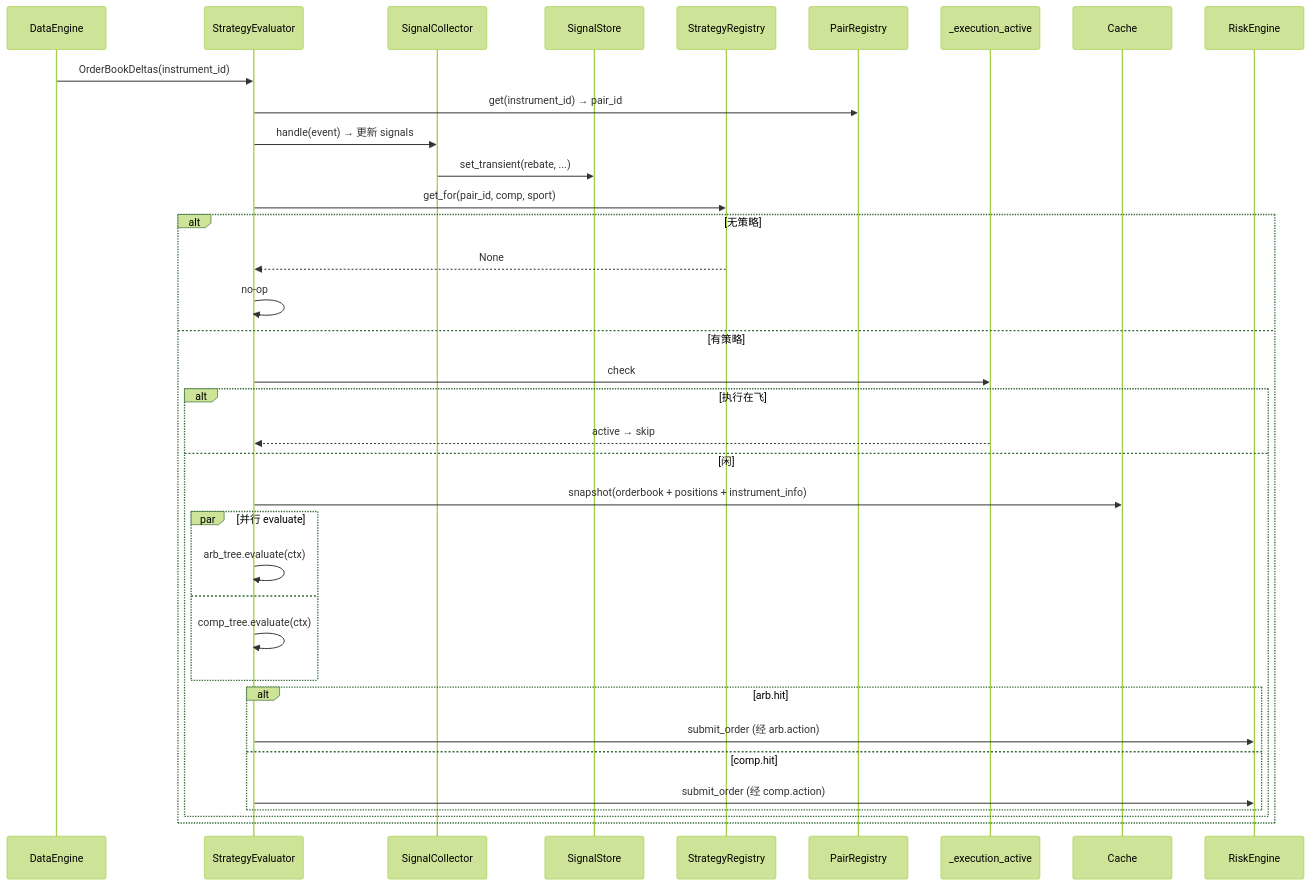
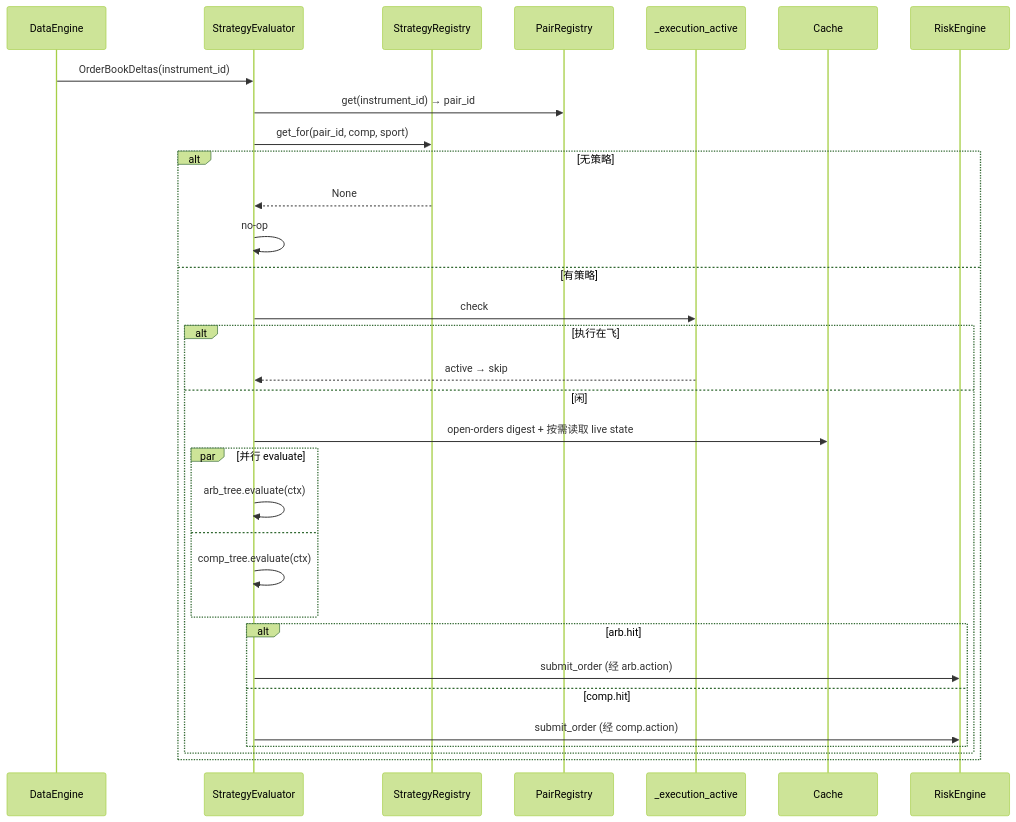
One commit to psnewer/nautilus_trader changed the second of 2 diagrams in docs/arbitrage/architectures/strategy/architecture.md. Above: the diagram before and after it, drawn with Mermaid (forest theme). The commit also changed other lines of this file and 64 other files, not shown here.

````diff
--- a/docs/arbitrage/architectures/strategy/architecture.md
+++ b/docs/arbitrage/architectures/strategy/architecture.md
@@ -582,39 +543,35 @@
 ```mermaid
 sequenceDiagram
   participant DE as DataEngine
   participant EV as StrategyEvaluator
-  participant SC as SignalCollector
-  participant SS as SignalStore
   participant SR as StrategyRegistry
   participant PR as PairRegistry
   participant Q19 as _execution_active
   participant CA as Cache
   participant RE as RiskEngine
 
   DE->>EV: OrderBookDeltas(instrument_id)
   EV->>PR: get(instrument_id) → pair_id
-  EV->>SC: handle(event) → 更新 signals
-  SC->>SS: set_transient(rebate, ...)
   EV->>SR: get_for(pair_id, comp, sport)
   alt 无策略
     SR-->>EV: None
     EV->>EV: no-op
   else 有策略
     EV->>Q19: check
     alt 执行在飞
       Q19-->>EV: active → skip
     else 闲
-      EV->>CA: snapshot(orderbook + positions + instrument_info)
+      EV->>CA: open-orders digest + 按需读取 live state
       par 并行 evaluate
         EV->>EV: arb_tree.evaluate(ctx)
       and
         EV->>EV: comp_tree.evaluate(ctx)
       end
       alt arb.hit
         EV->>RE: submit_order (经 arb.action)
       else comp.hit
         EV->>RE: submit_order (经 comp.action)
       end
     end
   end
 ```
````
